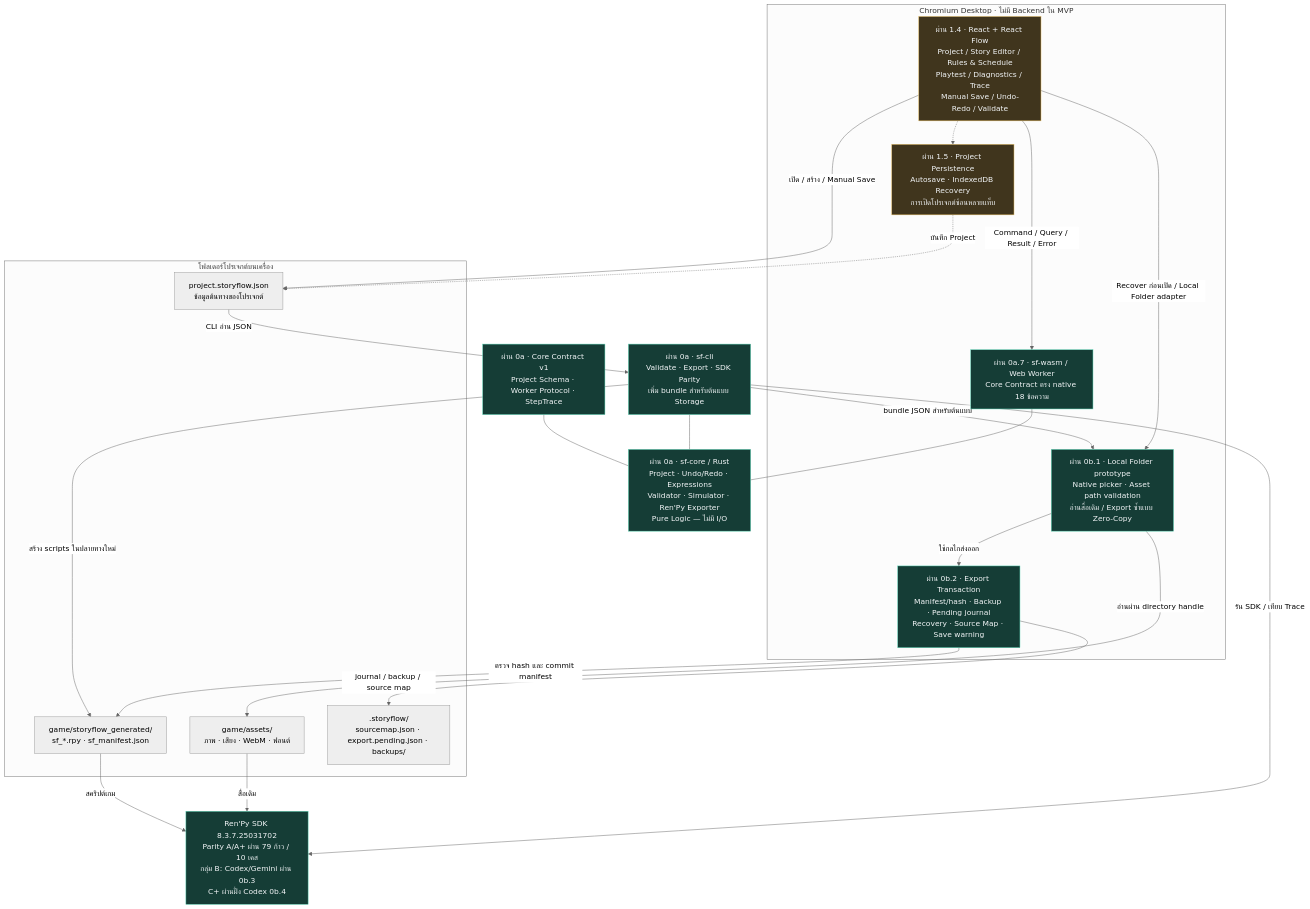
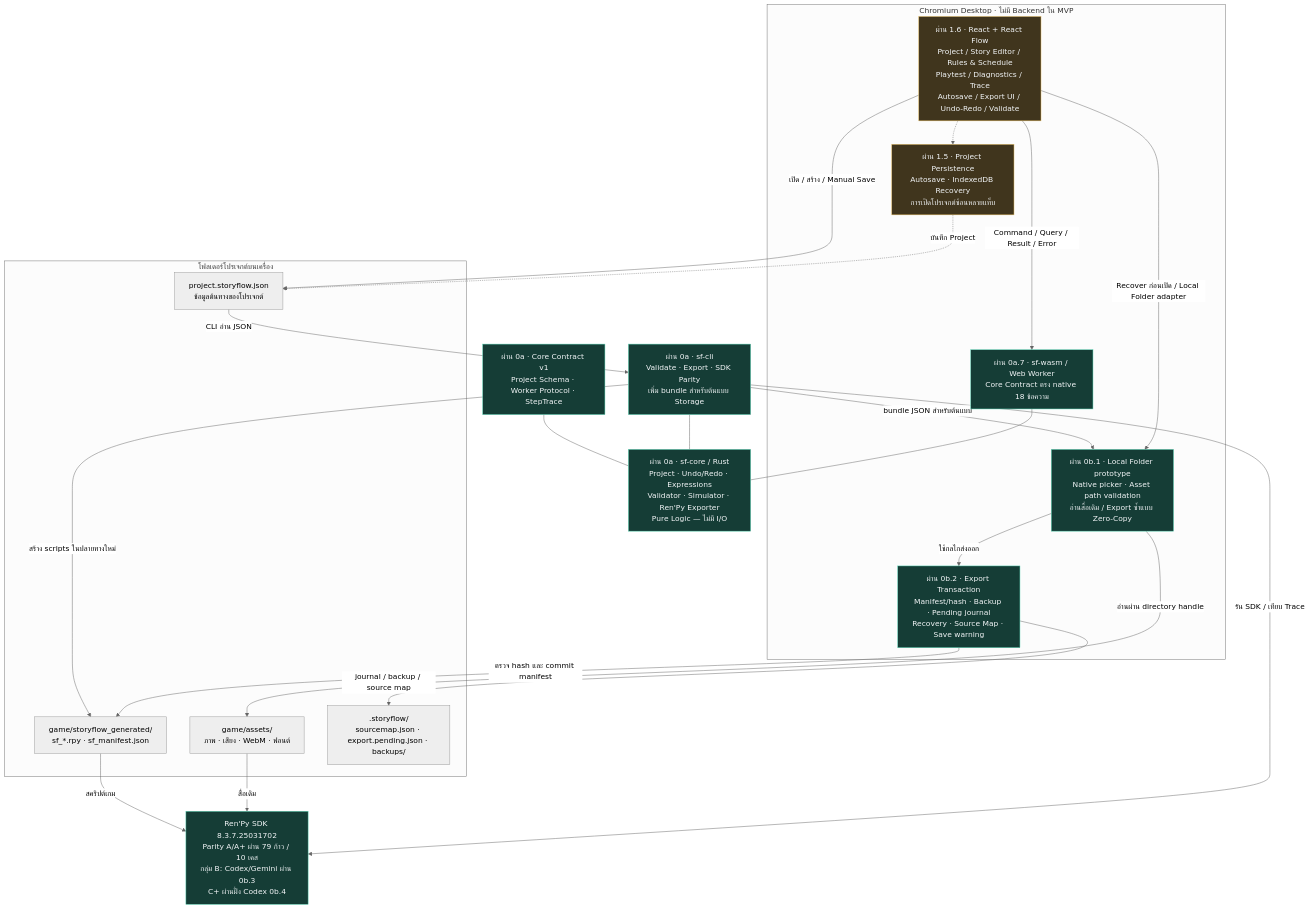
One commit to anuwatm/GameStudio changed the first of 2 diagrams in readme.md. Above: the diagram before and after it, drawn with Mermaid (neutral theme). The commit also changed other lines of this file and 66 other files, not shown here.

````diff
--- a/readme.md
+++ b/readme.md
@@ -38,48 +38,48 @@
 ```mermaid
 flowchart TB
     Contract["ผ่าน 0a · Core Contract v1<br/>Project Schema · Worker Protocol · StepTrace"]
     Core["ผ่าน 0a · sf-core / Rust<br/>Project · Undo/Redo · Expressions<br/>Validator · Simulator · Ren'Py Exporter<br/>Pure Logic — ไม่มี I/O"]
     CLI["ผ่าน 0a · sf-cli<br/>Validate · Export · SDK Parity<br/>เพิ่ม bundle สำหรับต้นแบบ Storage"]
 
     subgraph Browser["Chromium Desktop · ไม่มี Backend ใน MVP"]
-        UI["ผ่าน 1.4 · React + React Flow<br/>Project / Story Editor / Rules & Schedule<br/>Playtest / Diagnostics / Trace<br/>Manual Save / Undo-Redo / Validate"]
+        UI["ผ่าน 1.6 · React + React Flow<br/>Project / Story Editor / Rules & Schedule<br/>Playtest / Diagnostics / Trace<br/>Autosave / Export UI / Undo-Redo / Validate"]
         Worker["ผ่าน 0a.7 · sf-wasm / Web Worker<br/>Core Contract ตรง native 18 ข้อความ"]
         Local["ผ่าน 0b.1 · Local Folder prototype<br/>Native picker · Asset path validation<br/>อ่านสื่อเดิม / Export ซ้ำแบบ Zero-Copy"]
         Tx["ผ่าน 0b.2 · Export Transaction<br/>Manifest/hash · Backup · Pending journal<br/>Recovery · Source Map · Save warning"]
         Save["ผ่าน 1.5 · Project Persistence<br/>Autosave · IndexedDB Recovery<br/>การเปิดโปรเจกต์ซ้อนหลายแท็บ"]
     end
 
     subgraph Disk["โฟลเดอร์โปรเจกต์บนเครื่อง"]
         Project["project.storyflow.json<br/>ข้อมูลต้นทางของโปรเจกต์"]
         Assets["game/assets/<br/>ภาพ · เสียง · WebM · ฟอนต์"]
         Generated["game/storyflow_generated/<br/>sf_*.rpy · sf_manifest.json"]
         Meta[".storyflow/<br/>sourcemap.json · export.pending.json · backups/"]
     end
     SDK["Ren'Py SDK 8.3.7.25031702<br/>Parity A/A+ ผ่าน 79 ก้าว / 10 เคส<br/>กลุ่ม B: Codex/Gemini ผ่าน 0b.3<br/>C+ ผ่านฝั่ง Codex 0b.4"]
 
     Contract --- Core
     CLI --- Core
     Worker --- Core
     Project -->|"CLI อ่าน JSON"| CLI
     CLI -->|"สร้าง scripts ในปลายทางใหม่"| Generated
     CLI -->|"bundle JSON สำหรับต้นแบบ"| Local
     Local -->|"อ่านผ่าน directory handle"| Assets
     Local -->|"ใช้กลไกส่งออก"| Tx
     Tx -->|"ตรวจ hash และ commit manifest"| Generated
     Tx -->|"journal / backup / source map"| Meta
     UI -->|"Command / Query / Result / Error"| Worker
     UI -->|"Recover ก่อนเปิด / Local Folder adapter"| Local
     UI -->|"เปิด / สร้าง / Manual Save"| Project
     UI -.-> Save
     Save -.->|"บันทึก Project"| Project
     Generated -->|"สคริปต์เกม"| SDK
     Assets -->|"สื่อเดิม"| SDK
     CLI -->|"รัน SDK / เทียบ Trace"| SDK
 
     classDef passed fill:#153d36,stroke:#58d4b4,color:#f2f5f7
     classDef prototype fill:#40351d,stroke:#e2b95c,color:#f2f5f7
     classDef planned fill:#202938,stroke:#a8b5c7,color:#f2f5f7,stroke-dasharray:5 5
     class Contract,Core,CLI,Worker,Local,Tx,SDK passed
 
     class UI,Save prototype
 ```
````
